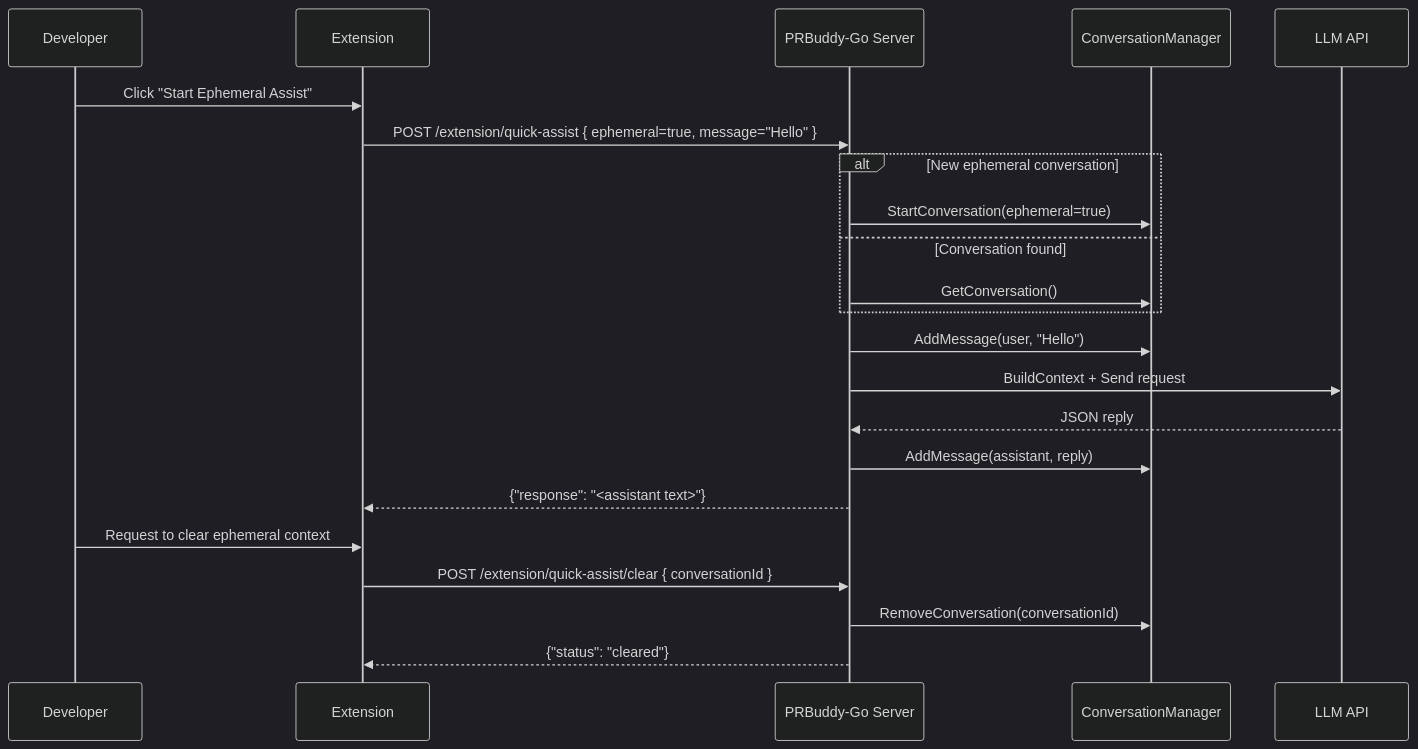
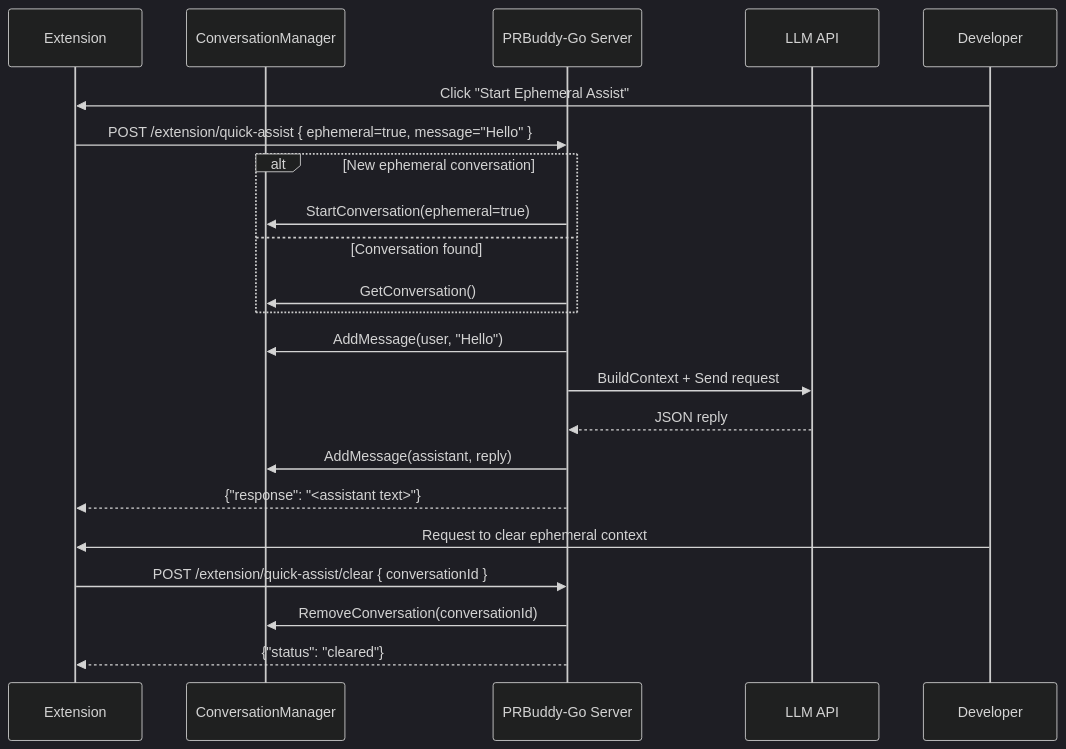
One commit to soyuz43/PRbuddy changed the third of 3 diagrams in docs/data_flow.md. Above: the diagram before and after it, drawn with Mermaid (dark theme). The commit also changed other lines of this file, not shown here.

````diff
--- a/docs/data_flow.md
+++ b/docs/data_flow.md
@@ -45,27 +45,27 @@
 ```mermaid
 sequenceDiagram
+    participant Ext as Extension
+    participant ConvMgr as ConversationManager
+    participant Srv as PRBuddy-Go Server
+    participant LLM as LLM API
     participant Dev as Developer
-    participant Ext as Extension
-    participant Srv as PRBuddy-Go Server
-    participant ConvMgr as ConversationManager
-    participant LLM as LLM API
 
     Dev->>Ext: Click "Start Ephemeral Assist"
     Ext->>Srv: POST /extension/quick-assist { ephemeral=true, message="Hello" }
     alt New ephemeral conversation
         Srv->>ConvMgr: StartConversation(ephemeral=true)
     else Conversation found
         Srv->>ConvMgr: GetConversation()
     end
     Srv->>ConvMgr: AddMessage(user, "Hello")
     Srv->>LLM: BuildContext + Send request
     LLM-->>Srv: JSON reply
     Srv->>ConvMgr: AddMessage(assistant, reply)
     Srv-->>Ext: {"response": "<assistant text>"}
 
     Dev->>Ext: Request to clear ephemeral context
     Ext->>Srv: POST /extension/quick-assist/clear { conversationId }
     Srv->>ConvMgr: RemoveConversation(conversationId)
     Srv-->>Ext: {"status": "cleared"}
 
 ```
````
